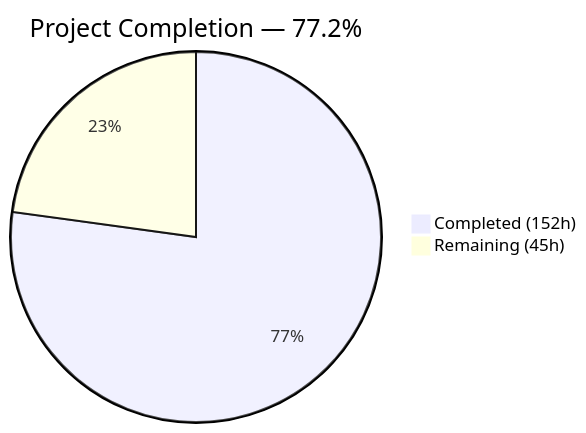
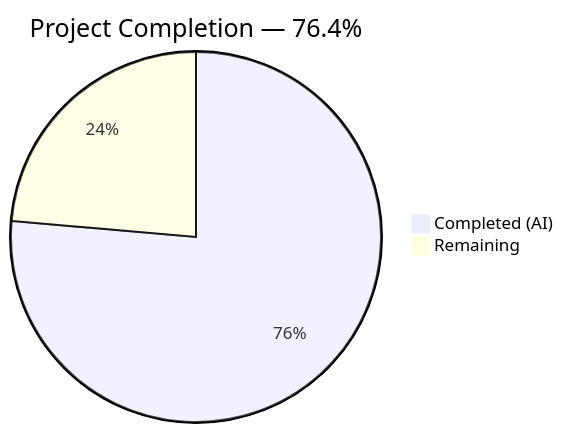
The first of 3 diagrams in blitzy/documentation/Project Guide.md (Blitzy-Sandbox/blitzy-SplendidCRM), drawn with Mermaid before and after one commit. The commit also changed other lines of this file, not shown here.

Commit message:
Adding Blitzy Project Guide: Project Status and Human Tasks Remaining

````diff
--- a/blitzy/documentation/Project Guide.md
+++ b/blitzy/documentation/Project Guide.md
@@ -13,5 +13,5 @@
 ```mermaid
-pie title Project Completion — 77.2%
-    "Completed (152h)" : 152
-    "Remaining (45h)" : 45
+pie title Project Completion — 76.4%
+    "Completed (AI)" : 152
+    "Remaining" : 47
 ```
````
